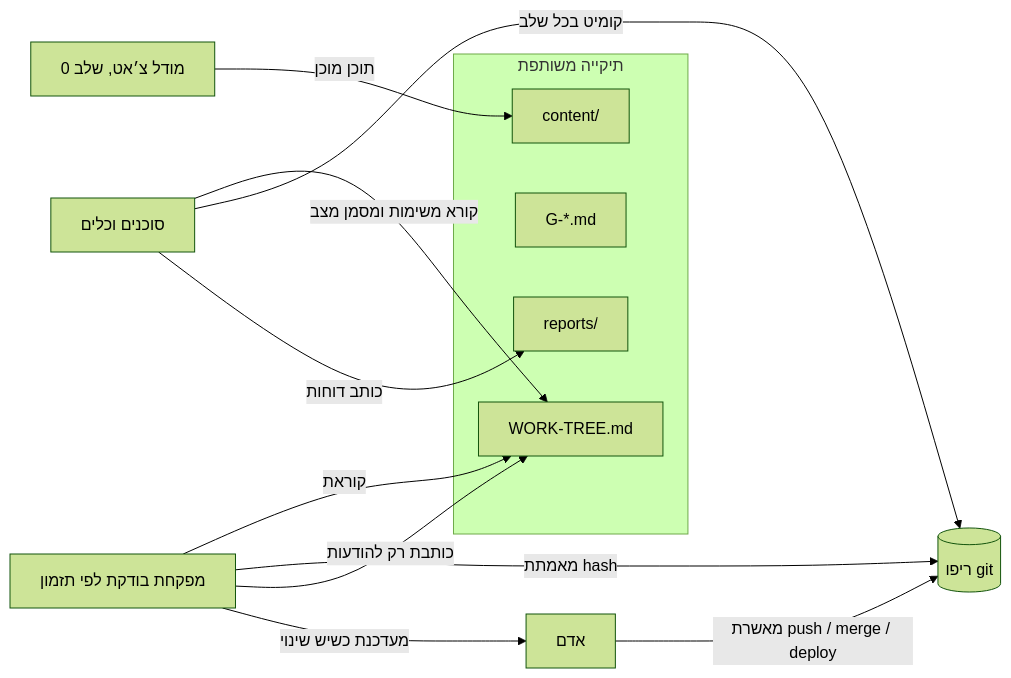
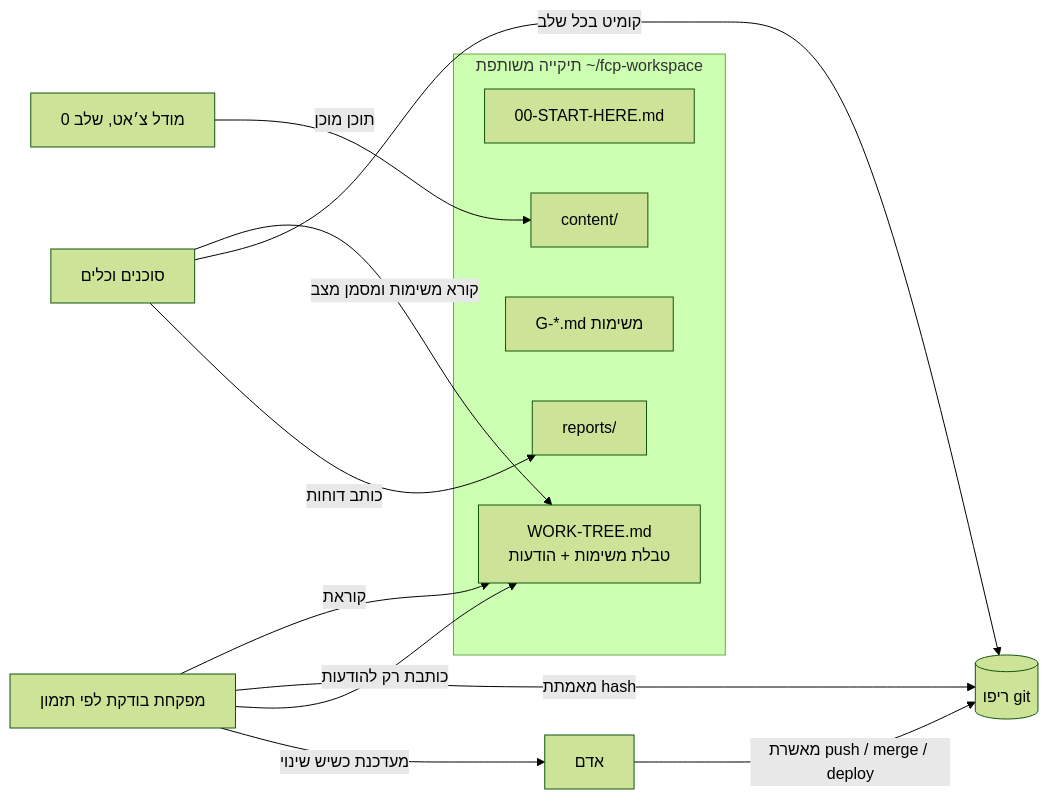
One commit to gabios-dev/file-context-protocol changed the diagram in README.he.md. Above: the diagram before and after it, drawn with Mermaid (forest theme). The commit also changed other lines of this file and 25 other files, not shown here.

````diff
--- a/README.he.md
+++ b/README.he.md
@@ -38,18 +39,19 @@
 ```mermaid
 flowchart LR
     H[אדם] -- מאשרת push / merge / deploy --> R[(ריפו git)]
-    subgraph F[תיקייה משותפת]
-      WT[WORK-TREE.md]
-      T[G-*.md]
+    subgraph F[תיקייה משותפת ~/fcp-workspace]
+      S0[00-START-HERE.md]
+      WT[WORK-TREE.md<br/>טבלת משימות + הודעות]
+      T[G-*.md משימות]
       C[content/]
       RP[reports/]
     end
     A[סוכנים וכלים] -- קורא משימות ומסמן מצב --> WT
     A -- קומיט בכל שלב --> R
     A -- כותב דוחות --> RP
     S[מפקחת בודקת לפי תזמון] -- קוראת --> WT
     S -- מאמתת hash --> R
     S -- כותבת רק להודעות --> WT
     S -- מעדכנת כשיש שינוי --> H
     CM[מודל צ׳אט, שלב 0] -- תוכן מוכן --> C
 ```
````
